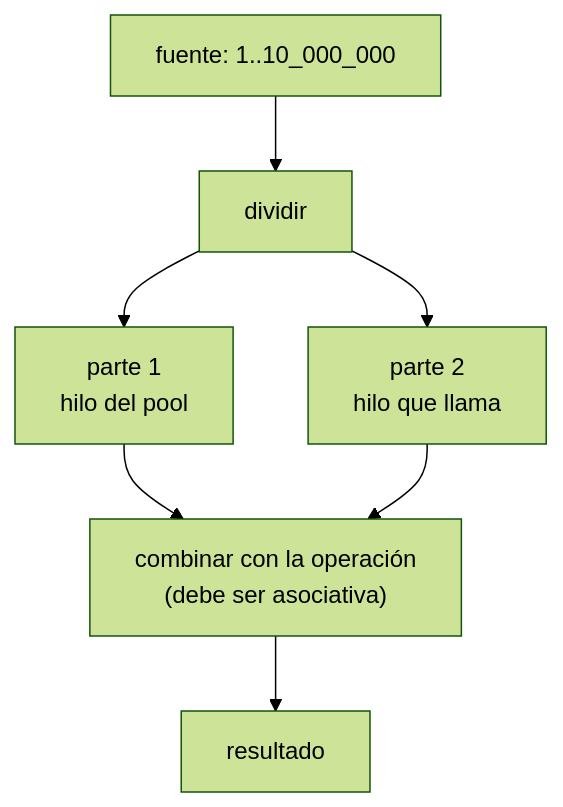
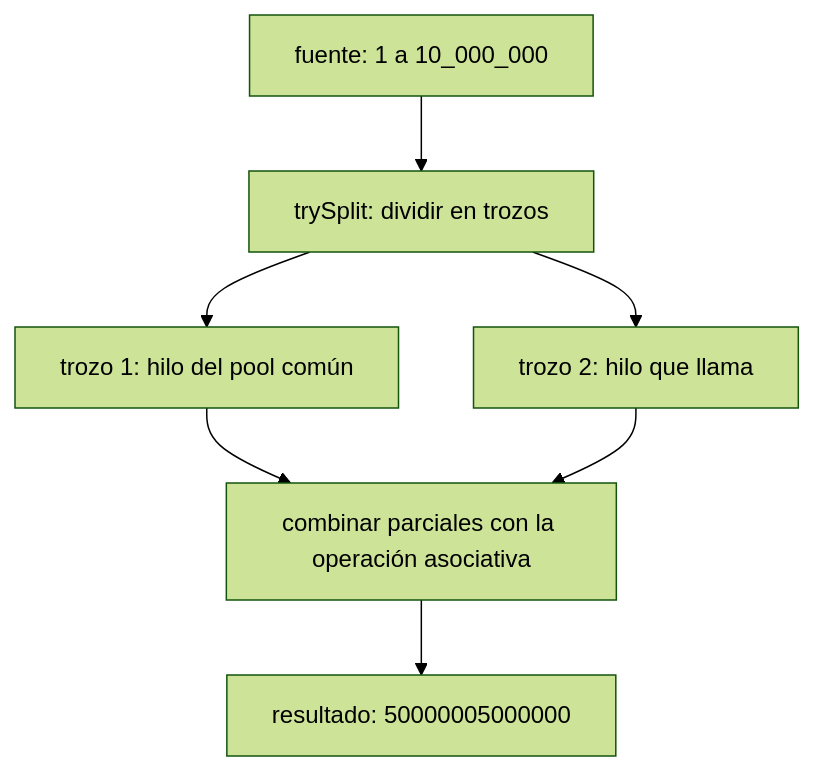
Before and after one commit to NICORUIZ93/The_Imperial_Book: the fourth of 4 diagrams in web/public/content/java/modulo-4.md, drawn with Mermaid (forest theme). The commit also changed other lines of this file and 65 other files, not shown here.

````diff
--- a/web/public/content/java/modulo-4.md
+++ b/web/public/content/java/modulo-4.md
@@ -1248,9 +1514,9 @@
 ```mermaid
 flowchart TD
-  F["fuente: 1..10_000_000"] --> SP["dividir"]
-  SP --> P1["parte 1<br/>hilo del pool"]
-  SP --> P2["parte 2<br/>hilo que llama"]
-  P1 --> J["combinar con la operación<br/>(debe ser asociativa)"]
+  F["fuente: 1 a 10_000_000"] --> SP["trySplit: dividir en trozos"]
+  SP --> P1["trozo 1: hilo del pool común"]
+  SP --> P2["trozo 2: hilo que llama"]
+  P1 --> J["combinar parciales con la operación asociativa"]
   P2 --> J
-  J --> R["resultado"]
+  J --> R["resultado: 50000005000000"]
 ```
````
